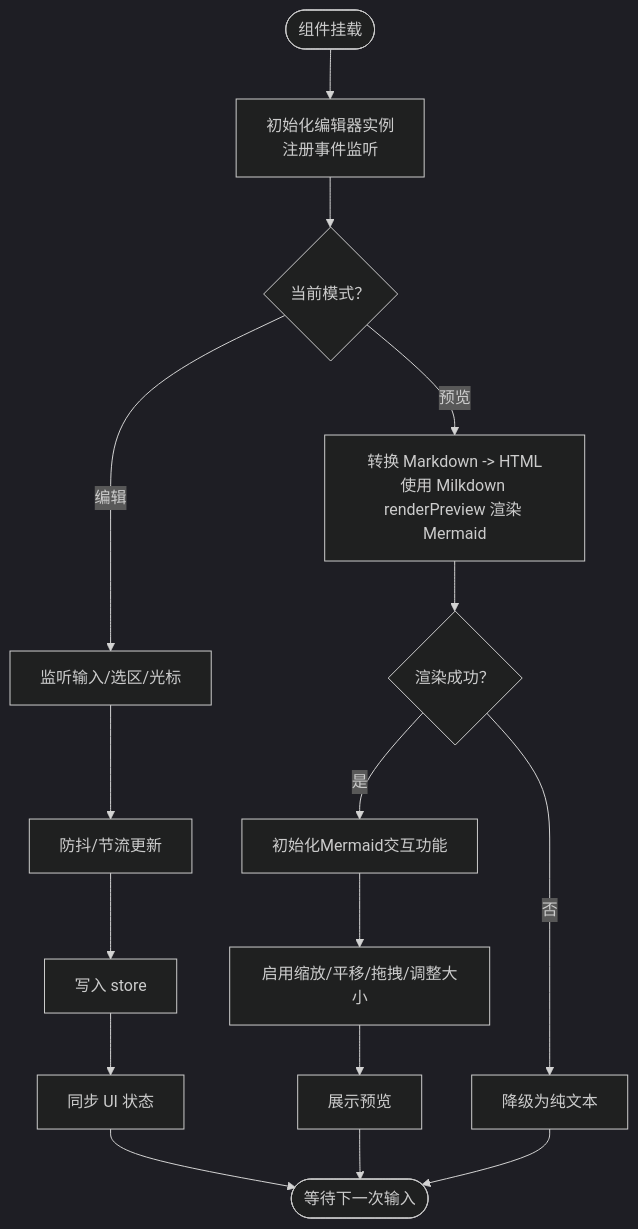
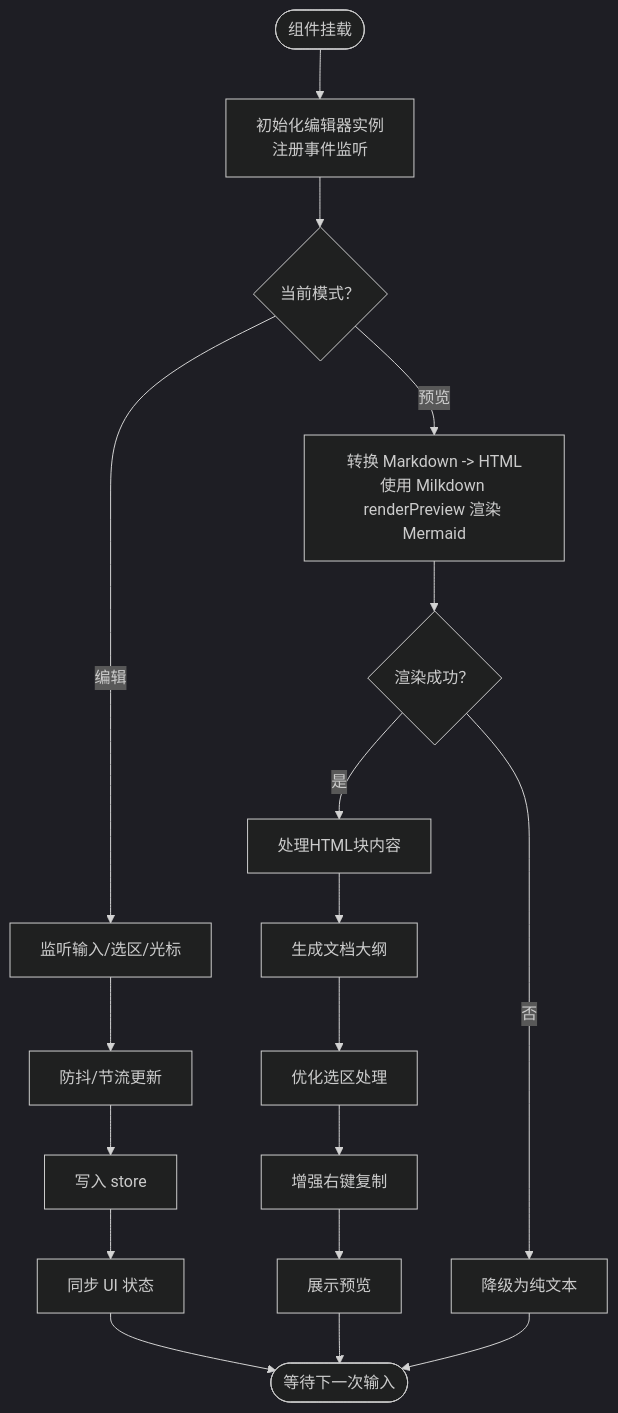
Before and after one commit to gongshiyun/ZenNote: the third of 7 diagrams in .qoder/repowiki/zh/content/核心组件/编辑器组件.md, drawn with Mermaid (dark theme). The commit also changed other lines of this file and 40 other files, not shown here.

````diff
--- a/.qoder/repowiki/zh/content/核心组件/编辑器组件.md
+++ b/.qoder/repowiki/zh/content/核心组件/编辑器组件.md
@@ -180,18 +205,20 @@
 ```mermaid
 flowchart TD
 Start(["组件挂载"]) --> Init["初始化编辑器实例<br/>注册事件监听"]
 Init --> Mode{"当前模式？"}
 Mode --> |编辑| EditFlow["监听输入/选区/光标"]
 Mode --> |预览| PreviewFlow["转换 Markdown -> HTML<br/>使用 Milkdown renderPreview 渲染 Mermaid"]
 EditFlow --> Debounce["防抖/节流更新"]
 Debounce --> UpdateStore["写入 store"]
 PreviewFlow --> RenderOK{"渲染成功？"}
-RenderOK --> |是| InitInteractive["初始化Mermaid交互功能"]
+RenderOK --> |是| ProcessHTML["处理HTML块内容"]
 RenderOK --> |否| Fallback["降级为纯文本"]
-InitInteractive --> InteractiveFeatures["启用缩放/平移/拖拽/调整大小"]
-InteractiveFeatures --> ShowPreview["展示预览"]
+ProcessHTML --> GenerateOutline["生成文档大纲"]
+GenerateOutline --> OptimizeSelection["优化选区处理"]
+OptimizeSelection --> EnhanceCopy["增强右键复制"]
+EnhanceCopy --> ShowPreview["展示预览"]
 UpdateStore --> SyncUI["同步 UI 状态"]
 SyncUI --> End(["等待下一次输入"])
 ShowPreview --> End
 Fallback --> End
 ```
````
